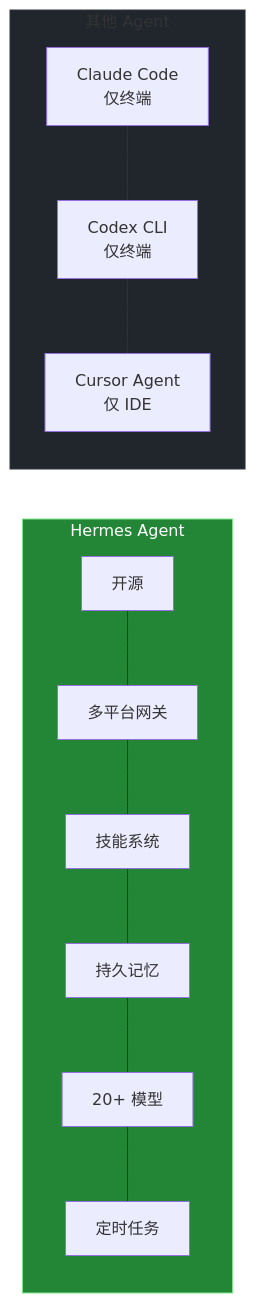
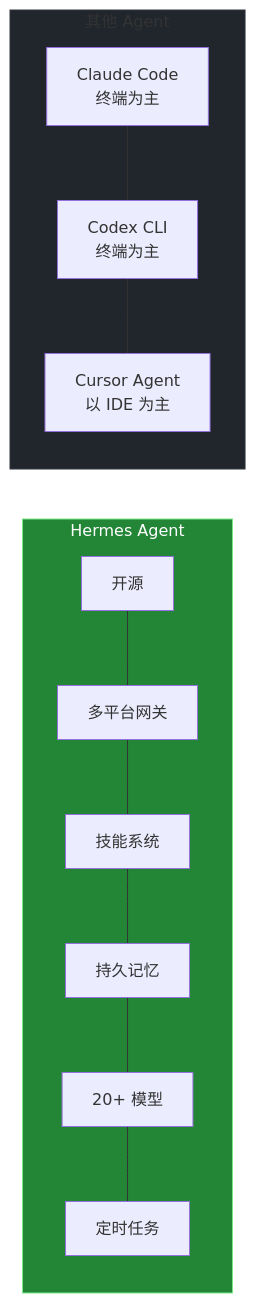
Before and after one commit to leohou0430/my-ai-stack: the ninth of 14 diagrams in README.md, drawn with Mermaid. The commit also changed other lines of this file and 2 other files, not shown here.

Commit message:
Refactor code structure for improved readability and maintainability

````diff
--- a/README.md
+++ b/README.md
@@ -235,11 +378,11 @@
 ```mermaid
 graph LR
     subgraph Hermes["Hermes Agent"]
         H1["开源"] --- H2["多平台网关"] --- H3["技能系统"] --- H4["持久记忆"] --- H5["20+ 模型"] --- H6["定时任务"]
     end
     subgraph Others["其他 Agent"]
-        O1["Claude Code<br>仅终端"] --- O2["Codex CLI<br>仅终端"] --- O3["Cursor Agent<br>仅 IDE"]
+        O1["Claude Code<br>终端为主"] --- O2["Codex CLI<br>终端为主"] --- O3["Cursor Agent<br>以 IDE 为主"]
     end
     style Hermes fill:#238636,stroke:#7ee787,color:#fff
     style Others fill:#21262d,stroke:#30363d
 ```
````
